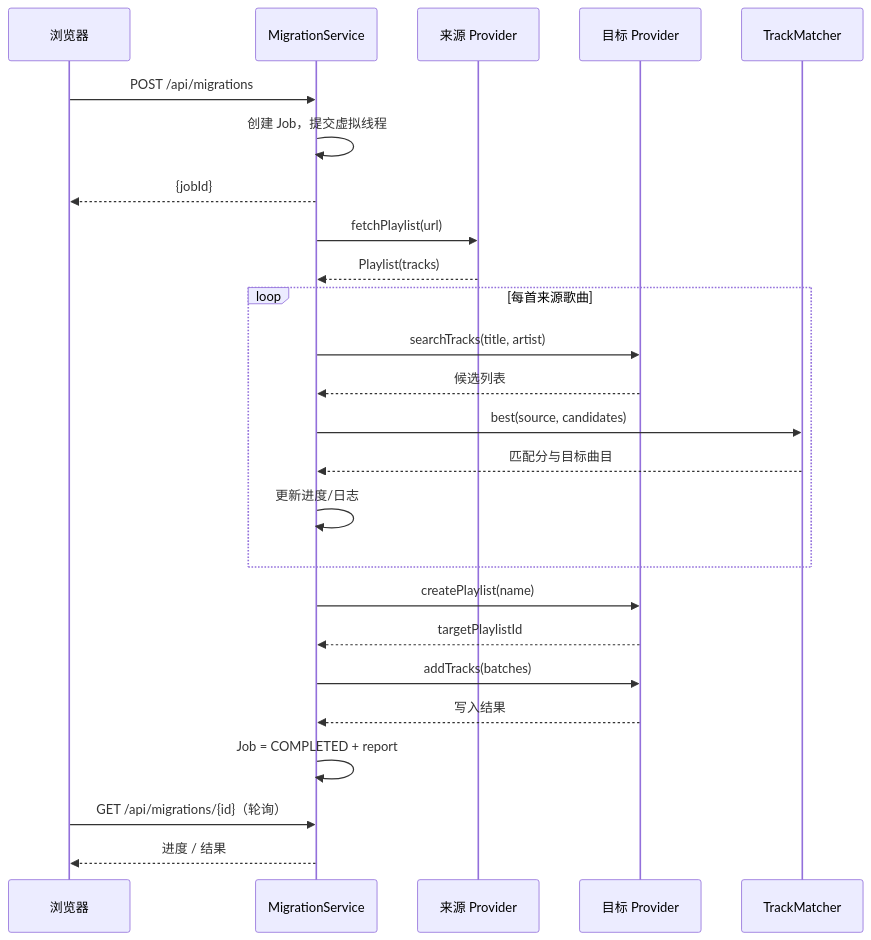
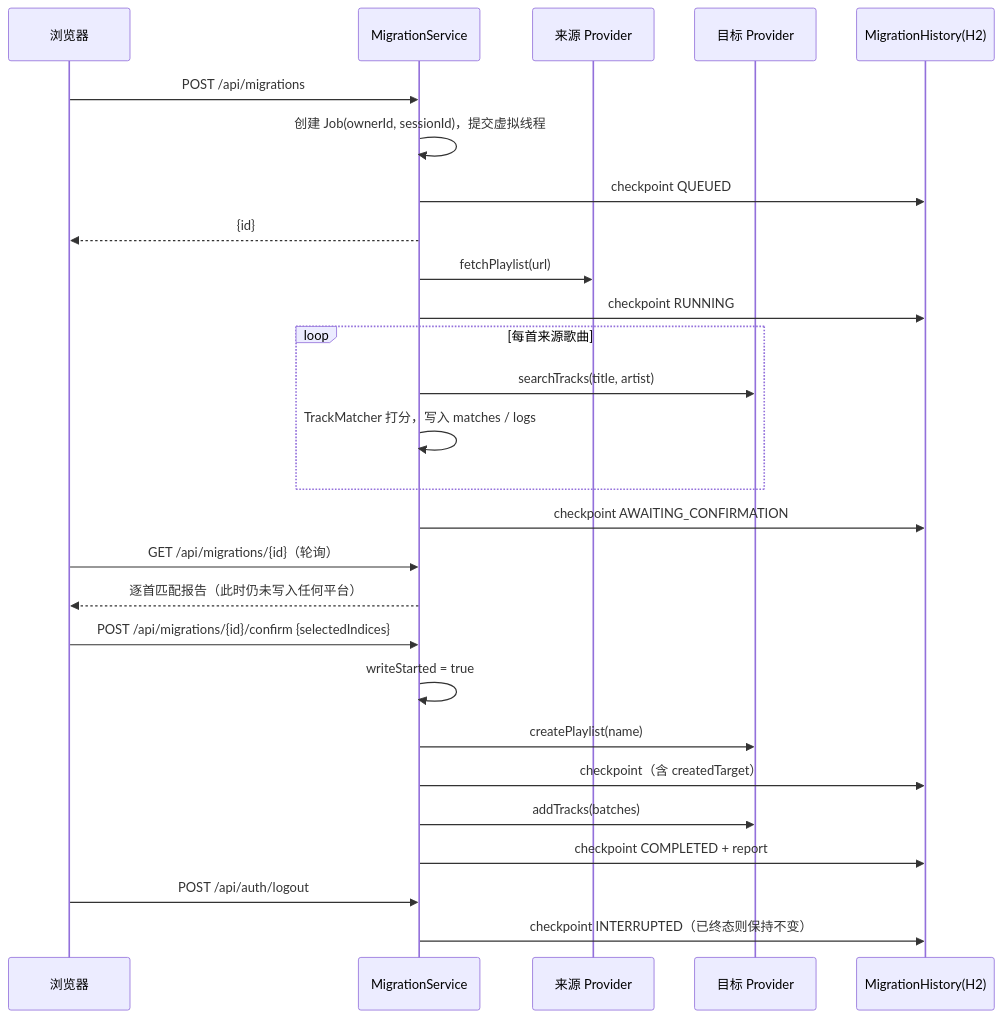
The third of 3 diagrams in docs/TECH_DESIGN.md (s610xxx/tunebridge), drawn with Mermaid before and after one commit. The commit also changed other lines of this file and 2 other files, not shown here.

````diff
--- a/docs/TECH_DESIGN.md
+++ b/docs/TECH_DESIGN.md
@@ -196,27 +278,29 @@
 ```mermaid
 sequenceDiagram
     participant B as 浏览器
     participant S as MigrationService
     participant A as 来源 Provider
     participant T as 目标 Provider
-    participant M as TrackMatcher
+    participant H as MigrationHistory(H2)
     B->>S: POST /api/migrations
-    S->>S: 创建 Job，提交虚拟线程
-    S-->>B: {jobId}
+    S->>S: 创建 Job(ownerId, sessionId)，提交虚拟线程
+    S->>H: checkpoint QUEUED
+    S-->>B: {id}
     S->>A: fetchPlaylist(url)
-    A-->>S: Playlist(tracks)
+    S->>H: checkpoint RUNNING
     loop 每首来源歌曲
         S->>T: searchTracks(title, artist)
-        T-->>S: 候选列表
-        S->>M: best(source, candidates)
-        M-->>S: 匹配分与目标曲目
-        S->>S: 更新进度/日志
+        S->>S: TrackMatcher 打分，写入 matches / logs
     end
+    S->>H: checkpoint AWAITING_CONFIRMATION
+    B->>S: GET /api/migrations/{id}（轮询）
+    S-->>B: 逐首匹配报告（此时仍未写入任何平台）
+    B->>S: POST /api/migrations/{id}/confirm {selectedIndices}
+    S->>S: writeStarted = true
     S->>T: createPlaylist(name)
-    T-->>S: targetPlaylistId
+    S->>H: checkpoint（含 createdTarget）
     S->>T: addTracks(batches)
-    T-->>S: 写入结果
-    S->>S: Job = COMPLETED + report
-    B->>S: GET /api/migrations/{id}（轮询）
-    S-->>B: 进度 / 结果
+    S->>H: checkpoint COMPLETED + report
+    B->>S: POST /api/auth/logout
+    S->>H: checkpoint INTERRUPTED（已终态则保持不变）
 ```
````
